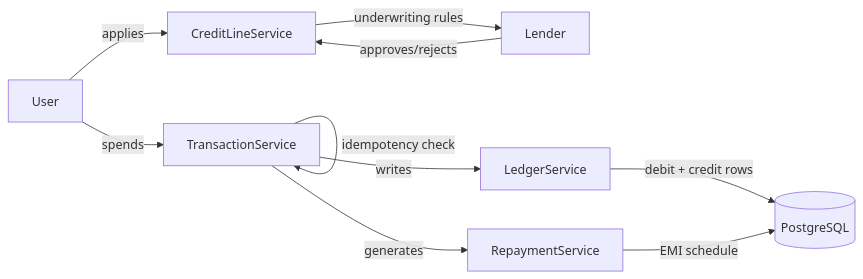
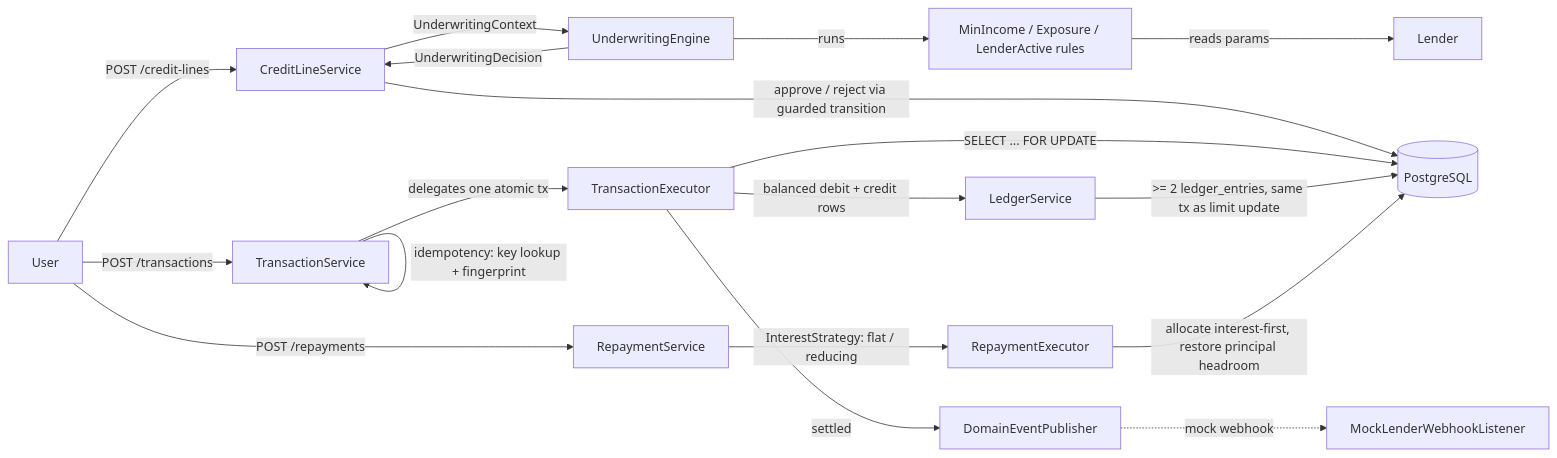
The first of 2 diagrams in README.md (GAURISHTODI/FluxUPI), drawn with Mermaid before and after one commit.

Commit message:
radme updatin

````diff
--- a/README.md
+++ b/README.md
@@ -30,12 +30,22 @@
 ```mermaid
 flowchart LR
-    User -->|applies| CreditLineService
-    CreditLineService -->|underwriting rules| Lender
-    Lender -->|approves/rejects| CreditLineService
-    User -->|spends| TransactionService
-    TransactionService -->|idempotency check| TransactionService
-    TransactionService -->|writes| LedgerService
-    LedgerService -->|debit + credit rows| Postgres[(PostgreSQL)]
-    TransactionService -->|generates| RepaymentService
-    RepaymentService -->|EMI schedule| Postgres
+    User -->|POST /credit-lines| CreditLineService
+    CreditLineService -->|UnderwritingContext| UnderwritingEngine
+    UnderwritingEngine -->|runs| Rules[MinIncome / Exposure / LenderActive rules]
+    Rules -->|reads params| Lender
+    UnderwritingEngine -->|UnderwritingDecision| CreditLineService
+    CreditLineService -->|approve / reject via guarded transition| Postgres[(PostgreSQL)]
+
+    User -->|POST /transactions| TransactionService
+    TransactionService -->|idempotency: key lookup + fingerprint| TransactionService
+    TransactionService -->|delegates one atomic tx| TransactionExecutor
+    TransactionExecutor -->|SELECT ... FOR UPDATE| Postgres
+    TransactionExecutor -->|balanced debit + credit rows| LedgerService
+    LedgerService -->|>= 2 ledger_entries, same tx as limit update| Postgres
+    TransactionExecutor -->|settled| DomainEventPublisher
+    DomainEventPublisher -.->|mock webhook| MockLenderWebhookListener
+
+    User -->|POST /repayments| RepaymentService
+    RepaymentService -->|InterestStrategy: flat / reducing| RepaymentExecutor
+    RepaymentExecutor -->|allocate interest-first, restore principal headroom| Postgres
 ```
````
